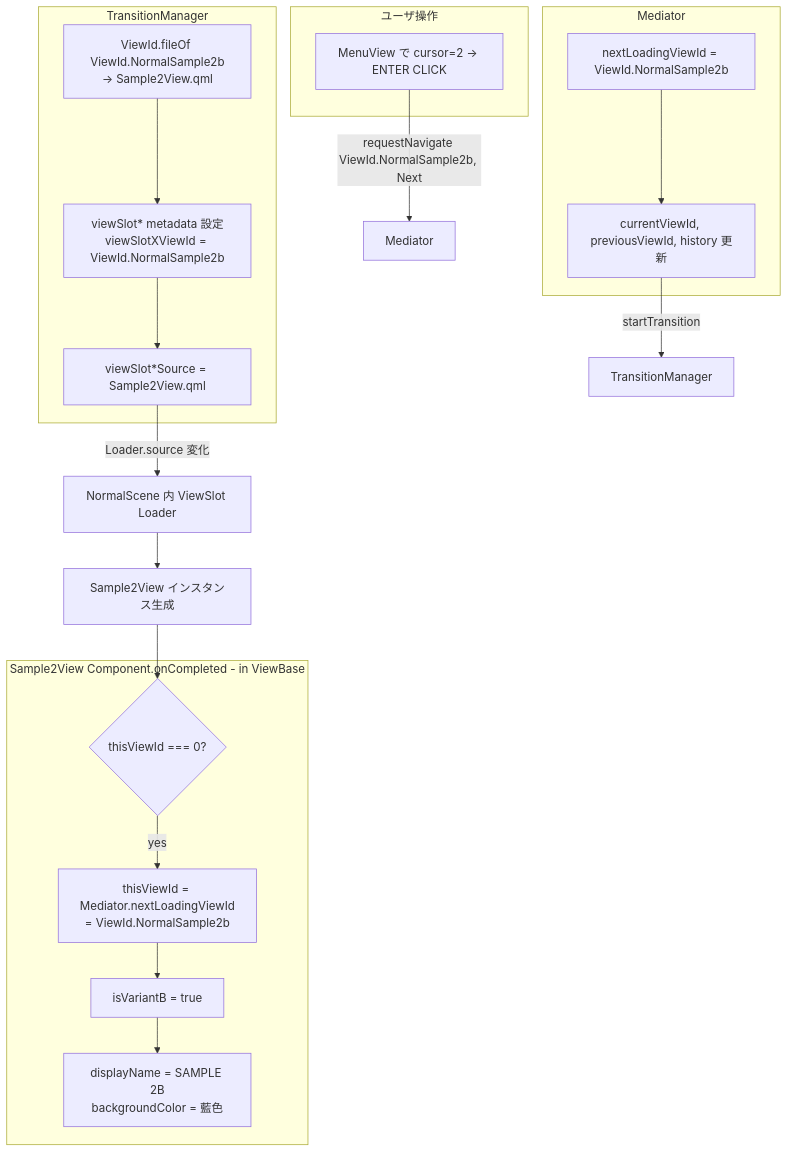
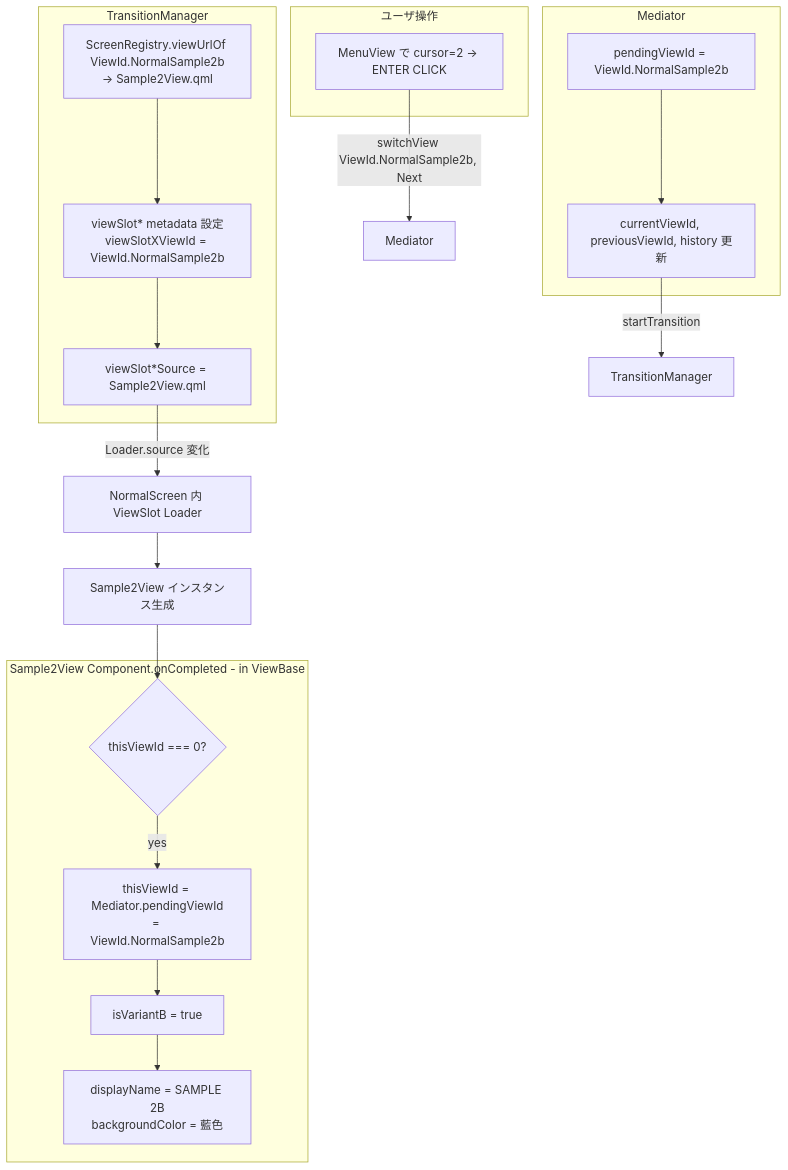
One commit to yuya-kadono/qul-loader-navigation-poc changed the eighth of 11 diagrams in docs/flows.md. Above: the diagram before and after it, drawn with Mermaid. The commit also changed other lines of this file and 40 other files, not shown here.

````diff
--- a/docs/flows.md
+++ b/docs/flows.md
@@ -269,35 +276,35 @@
 ```mermaid
 flowchart TB
     subgraph User操作[ユーザ操作]
         Op[MenuView で cursor=2 → ENTER CLICK]
     end
 
-    Op -->|requestNavigate ViewId.NormalSample2b, Next| Med[Mediator]
+    Op -->|switchView ViewId.NormalSample2b, Next| Med[Mediator]
 
     subgraph Med-処理[Mediator]
-        Med1[nextLoadingViewId = ViewId.NormalSample2b]
+        Med1[pendingViewId = ViewId.NormalSample2b]
         Med2[currentViewId, previousViewId, history 更新]
         Med1 --> Med2
     end
 
     Med2 -->|startTransition| TM[TransitionManager]
 
     subgraph TM-処理[TransitionManager]
-        TM1[ViewId.fileOf ViewId.NormalSample2b<br>→ Sample2View.qml]
+        TM1[ScreenRegistry.viewUrlOf ViewId.NormalSample2b<br>→ Sample2View.qml]
         TM2[viewSlot* metadata 設定<br>viewSlotXViewId = ViewId.NormalSample2b]
         TM3[viewSlot*Source = Sample2View.qml]
         TM1 --> TM2 --> TM3
     end
 
-    TM3 -->|Loader.source 変化| L[NormalScene 内 ViewSlot Loader]
+    TM3 -->|Loader.source 変化| L[NormalScreen 内 ViewSlot Loader]
     L --> View[Sample2View インスタンス生成]
 
     subgraph ViewBase-onCompleted[Sample2View Component.onCompleted - in ViewBase]
         V1{thisViewId === 0?}
-        V1 -->|yes| V2[thisViewId = Mediator.nextLoadingViewId<br>= ViewId.NormalSample2b]
+        V1 -->|yes| V2[thisViewId = Mediator.pendingViewId<br>= ViewId.NormalSample2b]
         V2 --> V3[isVariantB = true]
         V3 --> V4[displayName = SAMPLE 2B<br>backgroundColor = 藍色]
     end
 
     View --> V1
 ```
````
